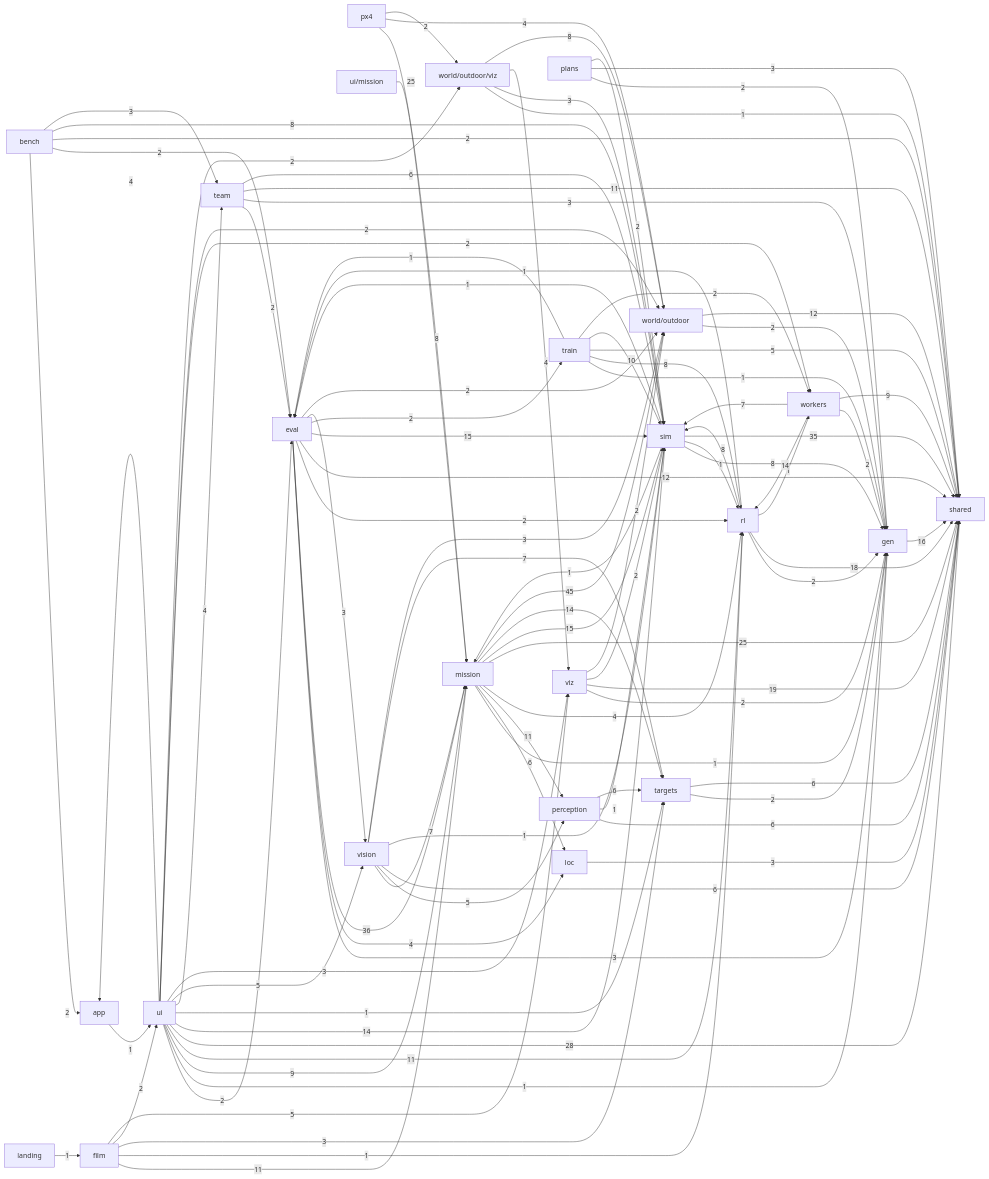
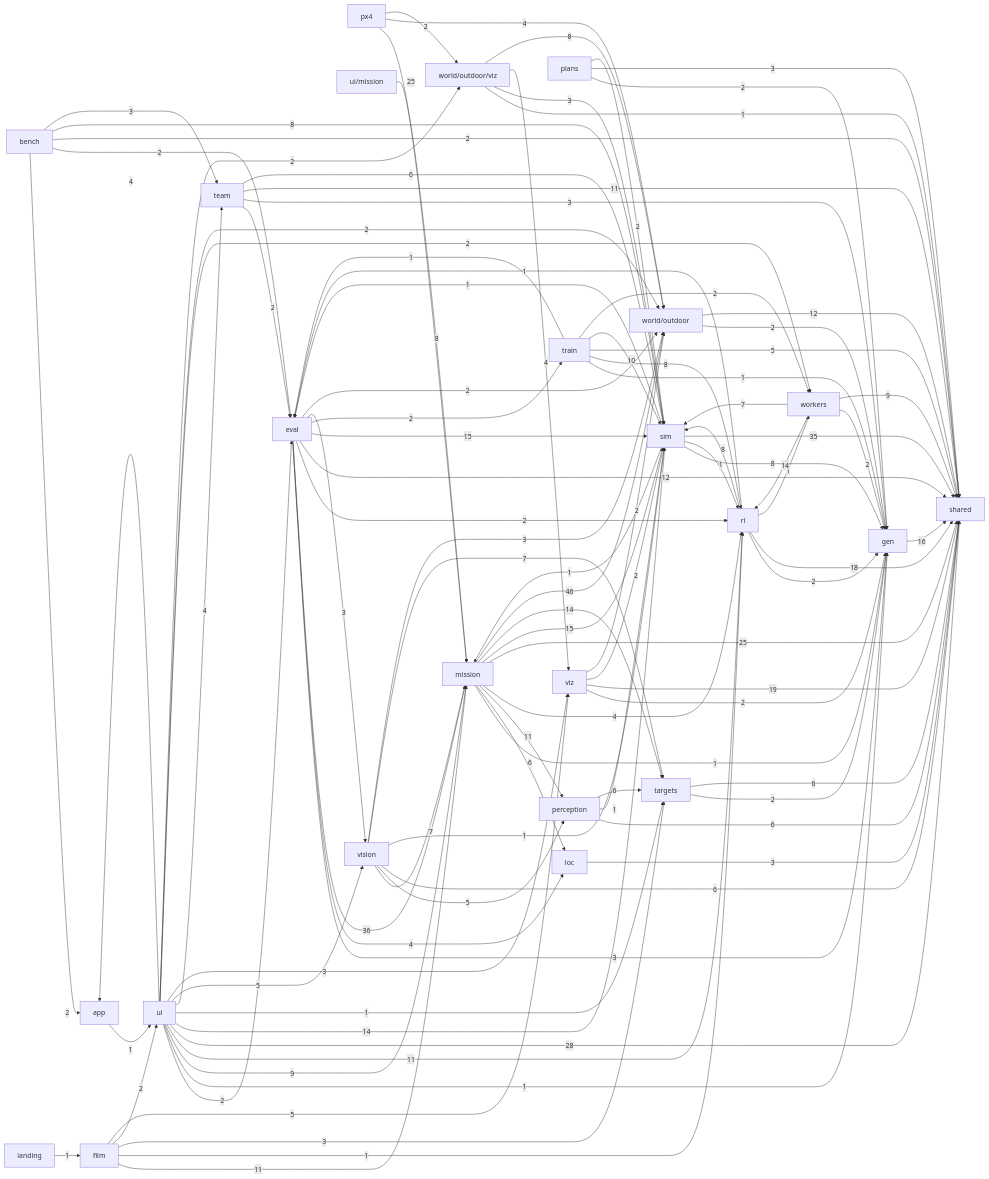
One commit to alexnieves-cs/frontier-fly changed the second of 2 diagrams in docs/ARCHITECTURE.md. Above: the diagram before and after it, drawn with Mermaid. The commit also changed other lines of this file and 17 other files, not shown here.

```diff
--- a/docs/ARCHITECTURE.md
+++ b/docs/ARCHITECTURE.md
@@ -130,7 +130,7 @@
   mission -->|25| shared
   mission -->|15| sim
   mission -->|14| targets
-  mission -->|45| world_outdoor
+  mission -->|46| world_outdoor
   perception -->|6| shared
   perception -->|1| sim
   perception -->|6| targets
```
